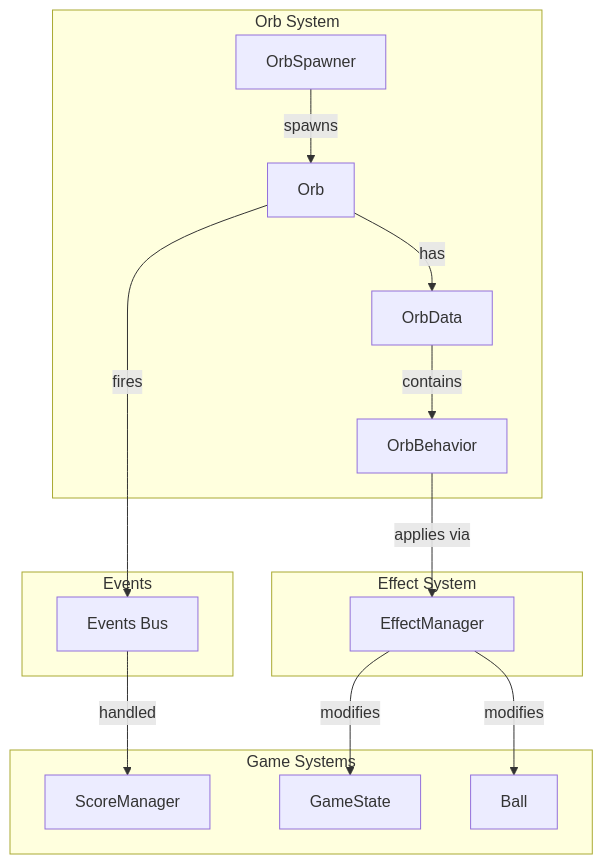
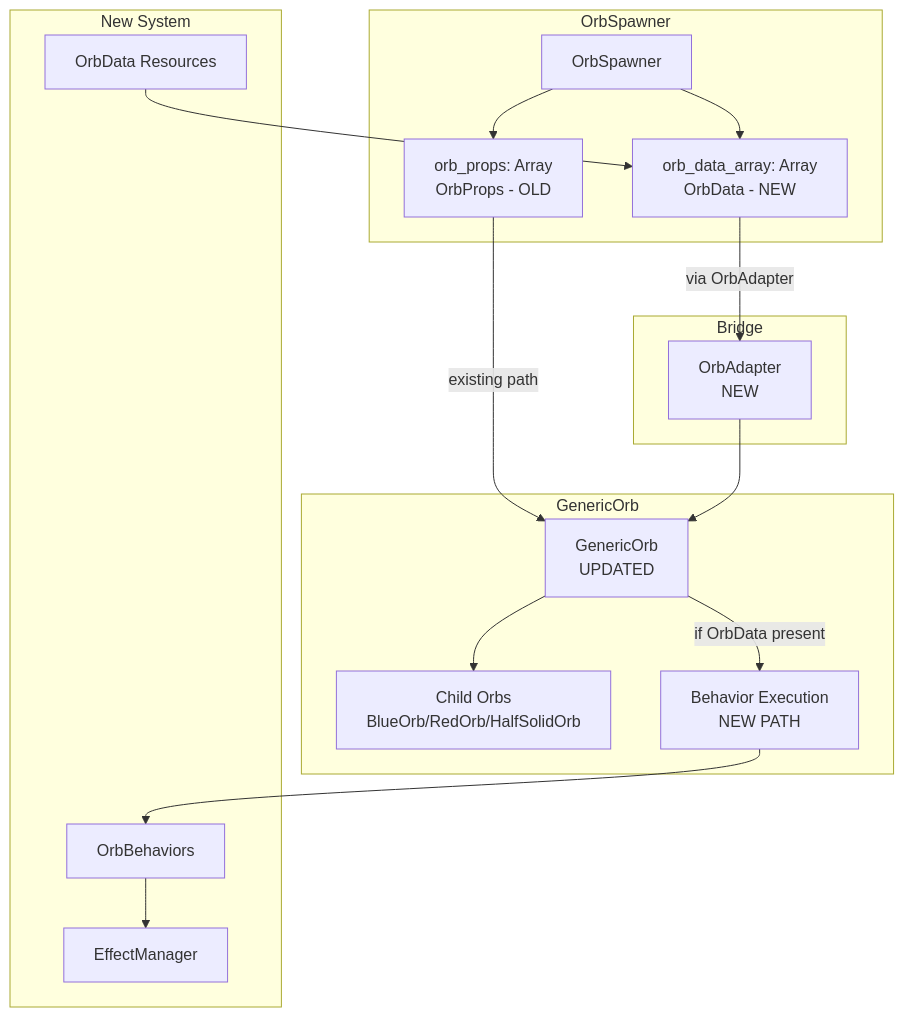
The first of 2 diagrams in specs/orb-system-expansion/design.md (Ahmed-Dardouri/Dont_Drop_The_Ball), drawn with Mermaid before and after one commit. The commit also changed other lines of this file and 48 other files, not shown here.

````diff
--- a/specs/orb-system-expansion/design.md
+++ b/specs/orb-system-expansion/design.md
@@ -22,32 +48,35 @@
 ```mermaid
 graph TB
-    subgraph "Orb System"
+    subgraph "OrbSpawner"
         OS[OrbSpawner]
-        O[Orb]
-        OD[OrbData]
-        OB[OrbBehavior]
+        OP[orb_props: Array<br/>OrbProps - OLD]
+        OD[orb_data_array: Array<br/>OrbData - NEW]
     end
 
-    subgraph "Effect System"
+    subgraph "Bridge"
+        OA[OrbAdapter<br/>NEW]
+    end
+
+    subgraph "GenericOrb"
+        GO[GenericOrb<br/>UPDATED]
+        CO[Child Orbs<br/>BlueOrb/RedOrb/HalfSolidOrb]
+        BE[Behavior Execution<br/>NEW PATH]
+    end
+
+    subgraph "New System"
+        ODR[OrbData Resources]
+        BH[OrbBehaviors]
         EM[EffectManager]
     end
 
-    subgraph "Game Systems"
-        SM[ScoreManager]
-        GS[GameState]
-        B[Ball]
-    end
-
-    subgraph "Events"
-        EV[Events Bus]
-    end
-
-    OS -->|spawns| O
-    O -->|has| OD
-    OD -->|contains| OB
-    OB -->|applies via| EM
-    EM -->|modifies| B
-    EM -->|modifies| GS
-    O -->|fires| EV
-    EV -->|handled| SM
+    OS --> OP
+    OS --> OD
+    OP -->|existing path| GO
+    OD -->|via OrbAdapter| OA
+    OA --> GO
+    GO --> CO
+    GO -->|if OrbData present| BE
+    BE --> BH
+    BH --> EM
+    ODR --> OD
 ```
````
